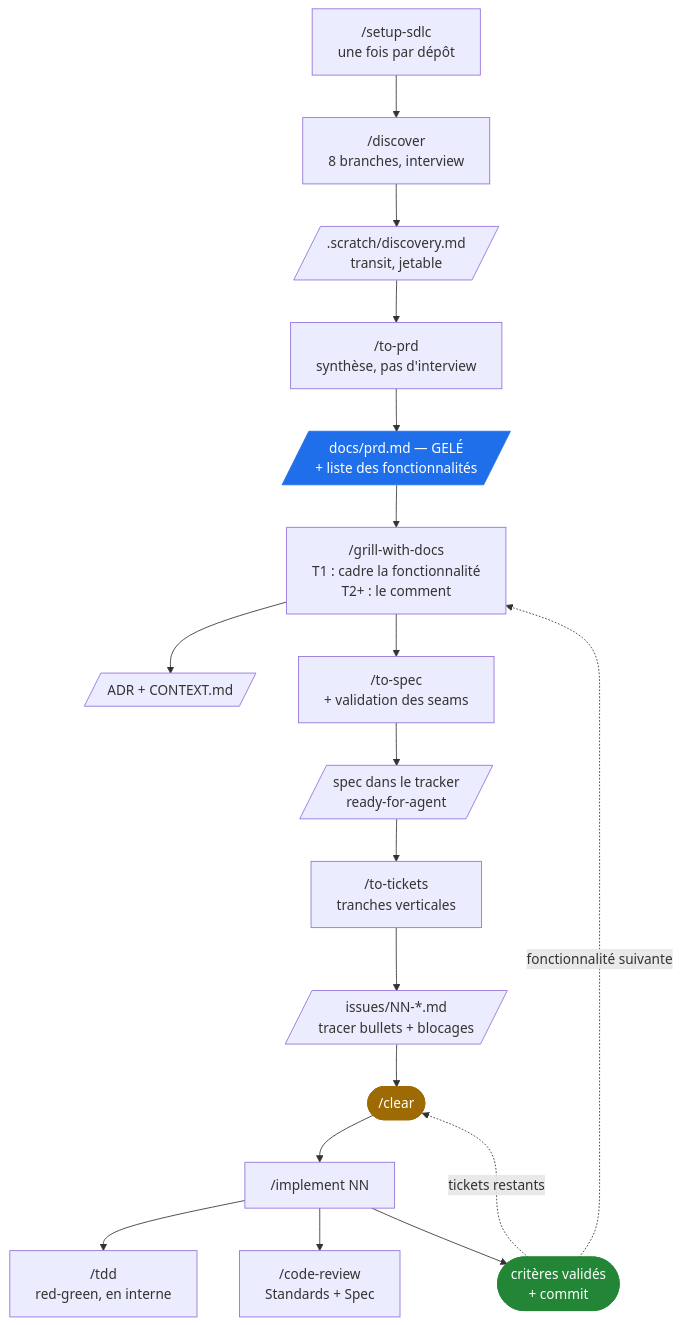
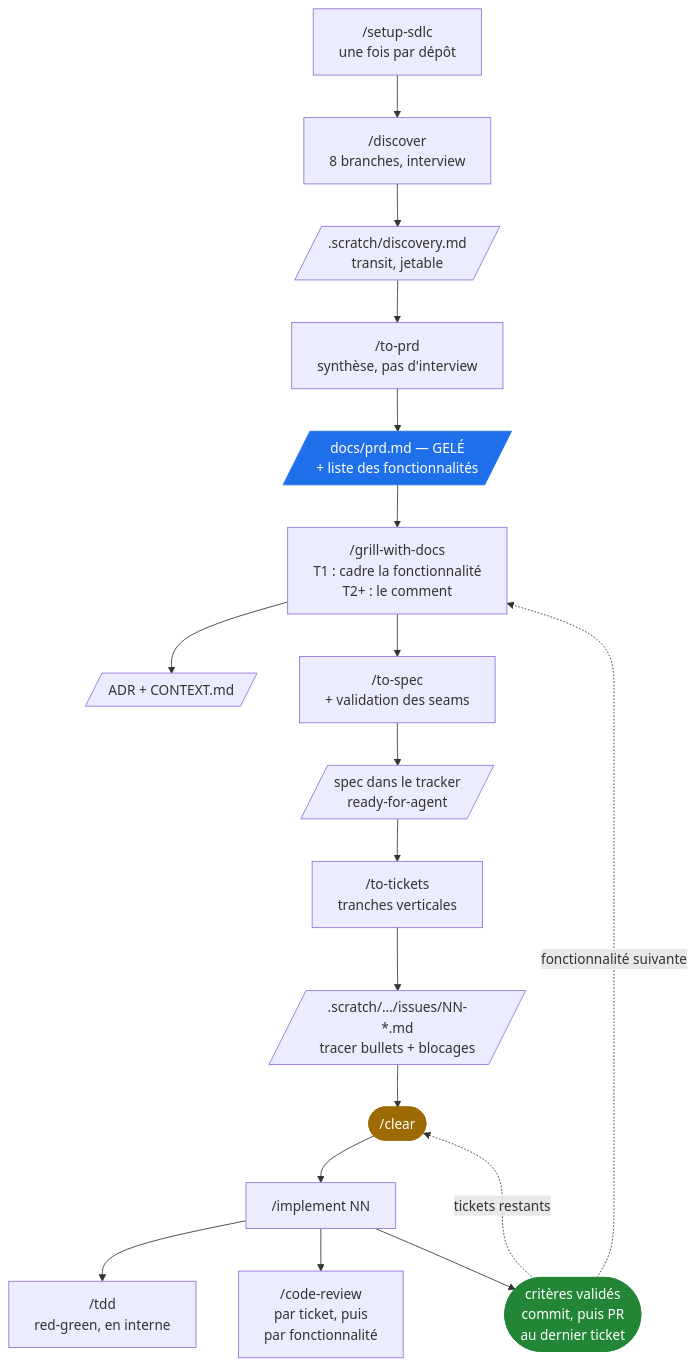
Before and after one commit to VFahet/ai-native-sdd-setup: the first of 2 diagrams in FLUX.md, drawn with Mermaid. The commit also changed other lines of this file and 22 other files, not shown here.

````diff
--- a/FLUX.md
+++ b/FLUX.md
@@ -7,29 +7,29 @@
 ```mermaid
 flowchart TD
     S["/setup-sdlc<br/>une fois par dépôt"]
 
     S --> D["/discover<br/>8 branches, interview"]
     D --> DM[/".scratch/discovery.md<br/>transit, jetable"/]
     DM --> P["/to-prd<br/>synthèse, pas d'interview"]
     P --> PRD[/"docs/prd.md — GELÉ<br/>+ liste des fonctionnalités"/]
 
     PRD --> G["/grill-with-docs<br/>T1 : cadre la fonctionnalité<br/>T2+ : le comment"]
     G --> ADR[/"ADR + CONTEXT.md"/]
     G --> TS["/to-spec<br/>+ validation des seams"]
     TS --> SPEC[/"spec dans le tracker<br/>ready-for-agent"/]
     SPEC --> TT["/to-tickets<br/>tranches verticales"]
-    TT --> ISS[/"issues/NN-*.md<br/>tracer bullets + blocages"/]
+    TT --> ISS[/".scratch/…/issues/NN-*.md<br/>tracer bullets + blocages"/]
 
     ISS --> CL(["/clear"])
     CL --> I["/implement NN"]
     I --> TDD["/tdd<br/>red-green, en interne"]
-    I --> CR["/code-review<br/>Standards + Spec"]
-    I --> OK(["critères validés<br/>+ commit"])
+    I --> CR["/code-review<br/>par ticket, puis<br/>par fonctionnalité"]
+    I --> OK(["critères validés<br/>commit, puis PR<br/>au dernier ticket"])
 
     OK -. "tickets restants" .-> CL
     OK -. "fonctionnalité suivante" .-> G
 
     style PRD fill:#1f6feb,stroke:#1f6feb,color:#fff
     style OK fill:#238636,stroke:#238636,color:#fff
     style CL fill:#9e6a03,stroke:#9e6a03,color:#fff
 ```
````
